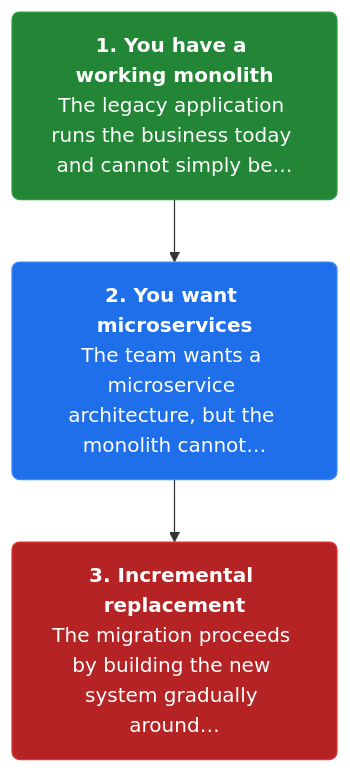
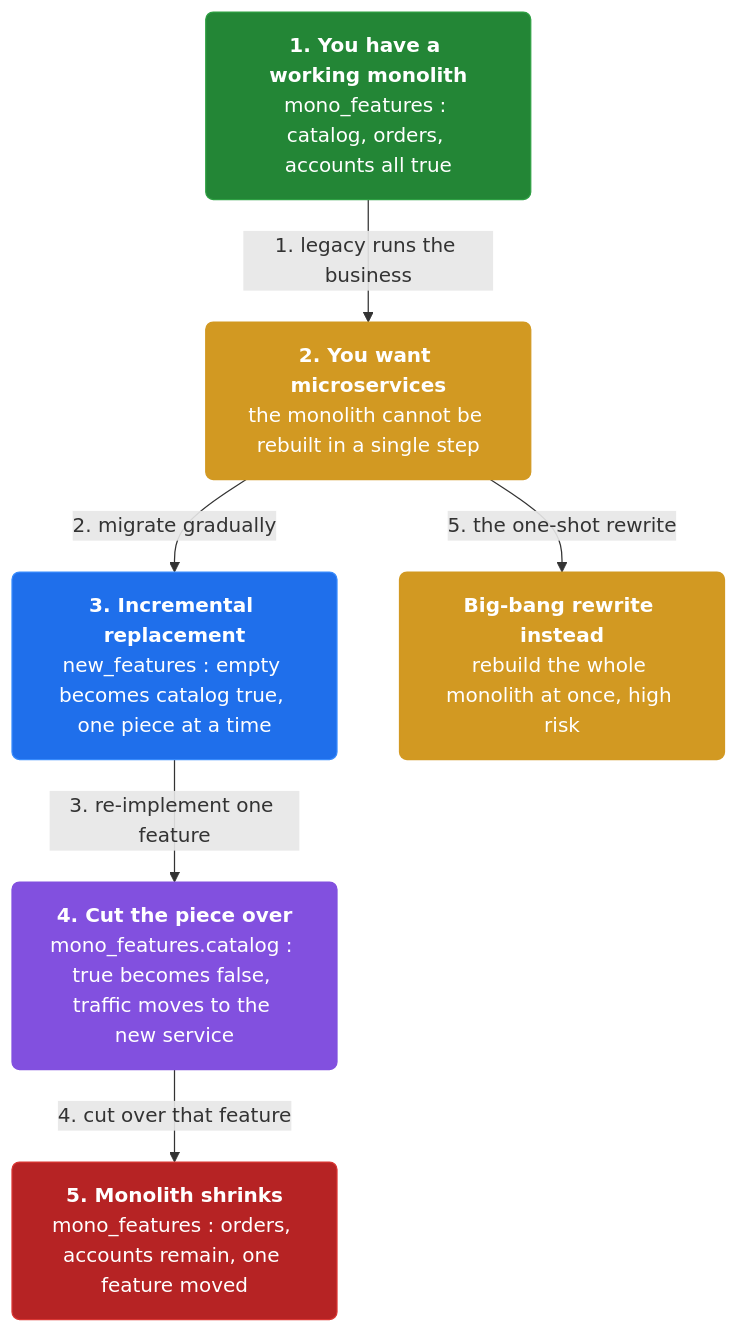
Before and after one commit to vinayakuber/microservices-io-study-guide: the first of 3 diagrams in docs/ch44-strangler-application.md, drawn with Mermaid. The commit also changed other lines of this file and 46 other files, not shown here.

First line of the commit message:
Author rich branching flow diagrams for all 44 chapters

````diff
--- a/docs/ch44-strangler-application.md
+++ b/docs/ch44-strangler-application.md
@@ -13,11 +13,19 @@
 ```mermaid
 flowchart TD
-  classDef step fill:#1f6feb,color:#ffffff,stroke:#388bfd,stroke-width:1px,rx:6
+  classDef step fill:#1f6feb,color:#ffffff,stroke:#388bfd,rx:6
+  classDef core fill:#8250df,color:#ffffff,stroke:#8250df,rx:6
+  classDef warn fill:#d29922,color:#ffffff,stroke:#d29922,rx:6
   classDef start fill:#238636,color:#ffffff,stroke:#2ea043,rx:6
   classDef stop fill:#b62324,color:#ffffff,stroke:#da3633,rx:6
-  s0n0["<b>1. You have a working monolith</b><br/>The legacy application runs the business today and cannot simply be…"]:::start
-  s0n1["<b>2. You want microservices</b><br/>The team wants a microservice architecture, but the monolith cannot…"]:::step
-  s0n2["<b>3. Incremental replacement</b><br/>The migration proceeds by building the new system gradually around…"]:::stop
-  s0n0 --> s0n1
-  s0n1 --> s0n2
+  n0["<b>1. You have a working monolith</b><br/>mono_features : catalog, orders, accounts all true"]:::start
+  n1["<b>2. You want microservices</b><br/>the monolith cannot be rebuilt in a single step"]:::warn
+  n2["<b>3. Incremental replacement</b><br/>new_features : empty becomes catalog true, one piece at a time"]:::step
+  n3["<b>4. Cut the piece over</b><br/>mono_features.catalog : true becomes false, traffic moves to the new service"]:::core
+  n4["<b>5. Monolith shrinks</b><br/>mono_features : orders, accounts remain, one feature moved"]:::stop
+  n5["<b>Big-bang rewrite instead</b><br/>rebuild the whole monolith at once, high risk"]:::warn
+  n0 -->|"1. legacy runs the business"| n1
+  n1 -->|"2. migrate gradually"| n2
+  n2 -->|"3. re-implement one feature"| n3
+  n3 -->|"4. cut over that feature"| n4
+  n1 -->|"5. the one-shot rewrite"| n5
 ```
````
